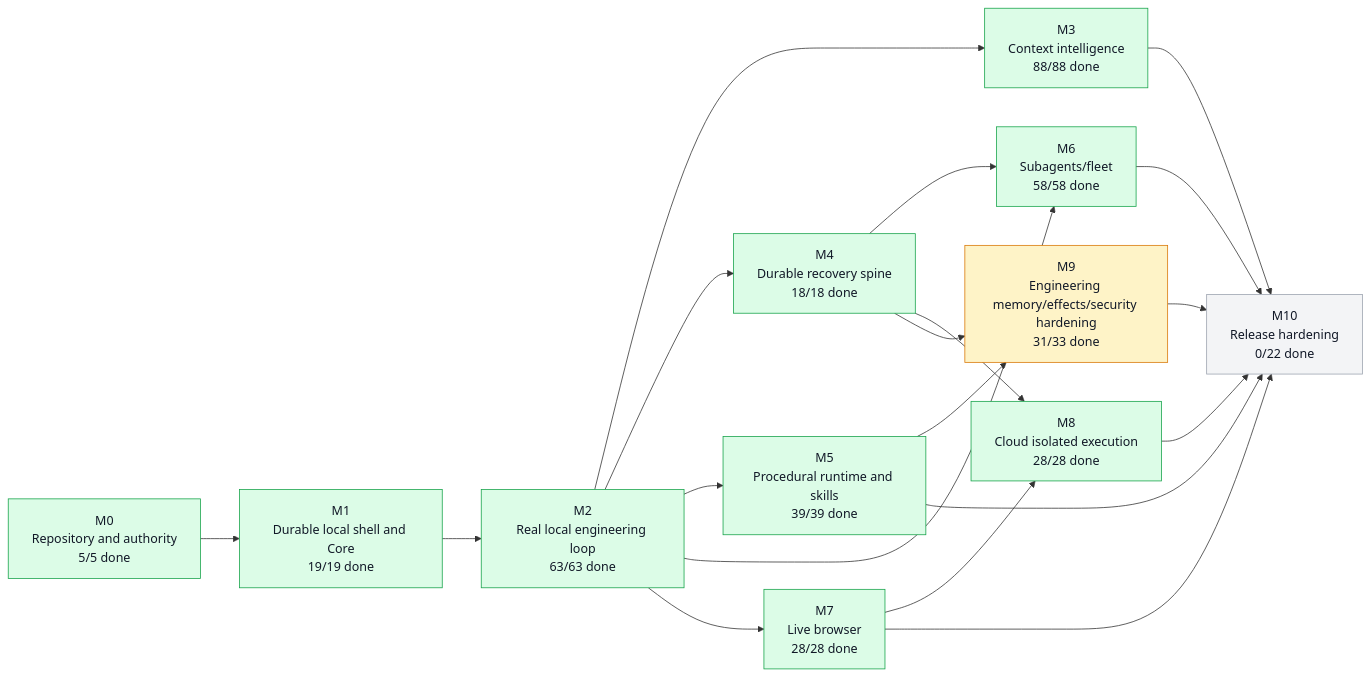
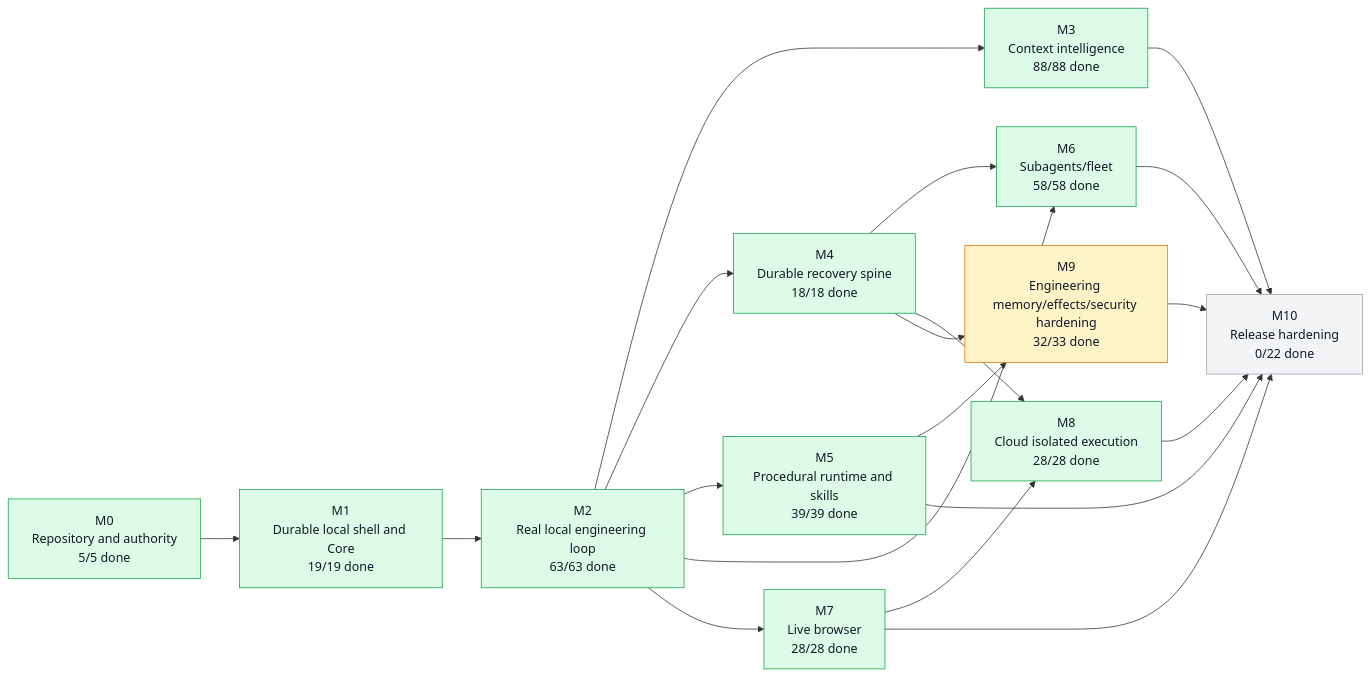
The first of 5 diagrams in graph/PROJECT_GRAPH.md (moss101/modbit), drawn with Mermaid before and after one commit. The commit also changed other lines of this file and 5 other files, not shown here.

````diff
--- a/graph/PROJECT_GRAPH.md
+++ b/graph/PROJECT_GRAPH.md
@@ -57,43 +57,43 @@
 ```mermaid
 flowchart LR
   M0["M0<br/>Repository and authority<br/>5/5 done"]
   M1["M1<br/>Durable local shell and Core<br/>19/19 done"]
   M2["M2<br/>Real local engineering loop<br/>63/63 done"]
   M3["M3<br/>Context intelligence<br/>88/88 done"]
   M4["M4<br/>Durable recovery spine<br/>18/18 done"]
   M5["M5<br/>Procedural runtime and skills<br/>39/39 done"]
   M6["M6<br/>Subagents/fleet<br/>58/58 done"]
   M7["M7<br/>Live browser<br/>28/28 done"]
   M8["M8<br/>Cloud isolated execution<br/>28/28 done"]
-  M9["M9<br/>Engineering memory/effects/security hardening<br/>31/33 done"]
+  M9["M9<br/>Engineering memory/effects/security hardening<br/>32/33 done"]
   M10["M10<br/>Release hardening<br/>0/22 done"]
   M0 --> M1
   M1 --> M2
   M2 --> M3
   M2 --> M4
   M2 --> M5
   M2 --> M6
   M4 --> M6
   M2 --> M7
   M4 --> M8
   M7 --> M8
   M4 --> M9
   M5 --> M9
   M3 --> M10
   M5 --> M10
   M6 --> M10
   M7 --> M10
   M8 --> M10
   M9 --> M10
   style M0 fill:#dcfce7,stroke:#16a34a,color:#111827
   style M1 fill:#dcfce7,stroke:#16a34a,color:#111827
   style M2 fill:#dcfce7,stroke:#16a34a,color:#111827
   style M3 fill:#dcfce7,stroke:#16a34a,color:#111827
   style M4 fill:#dcfce7,stroke:#16a34a,color:#111827
   style M5 fill:#dcfce7,stroke:#16a34a,color:#111827
   style M6 fill:#dcfce7,stroke:#16a34a,color:#111827
   style M7 fill:#dcfce7,stroke:#16a34a,color:#111827
   style M8 fill:#dcfce7,stroke:#16a34a,color:#111827
   style M9 fill:#fef3c7,stroke:#d97706,color:#111827
   style M10 fill:#f3f4f6,stroke:#9ca3af,color:#111827
 ```
````
